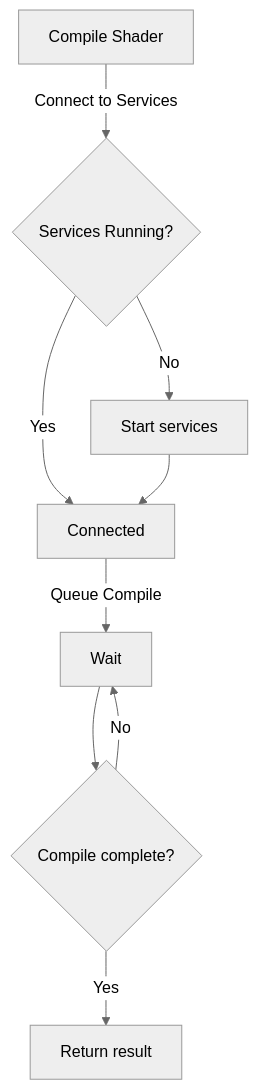
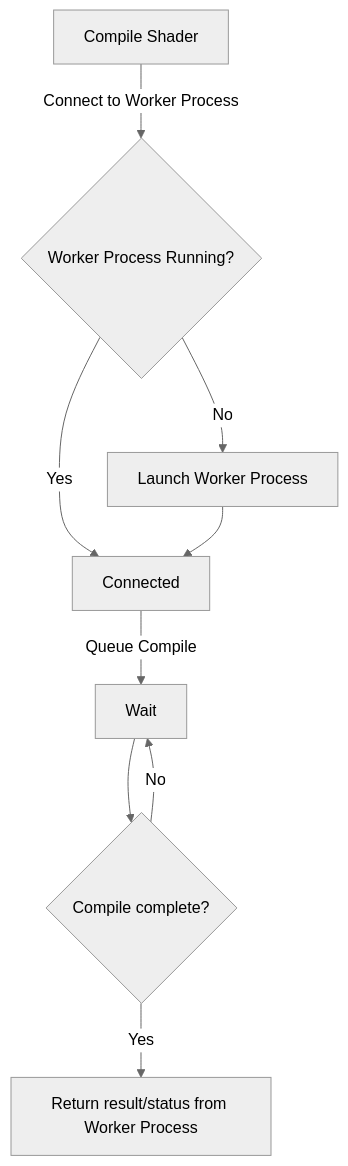
The diagram in proposals/0016-c-interface-compiler-library.md (coopp/hlsl-specs), drawn with Mermaid (neutral theme) before and after one commit. The commit also changed other lines of this file, not shown here.

````diff
--- a/proposals/0016-c-interface-compiler-library.md
+++ b/proposals/0016-c-interface-compiler-library.md
@@ -1101,10 +1108,10 @@
 ```mermaid
 flowchart TD
-  A[Compile Shader] -->|Connect to Services|B
-    B{Services Running?}
+  A[Compile Shader] -->|Connect to Worker Process|B
+    B{Worker Process Running?}
     B -->|Yes| C[Connected]
-    B -->|No| D[Start services]
+    B -->|No| D[Launch Worker Process]
     D -->C-->|Queue Compile|E[Wait]-->F{Compile complete?}
-    F -->|Yes|G[Return result]
+    F -->|Yes|G[Return result/status from Worker Process]
     F -->|No| E
 ```
````
